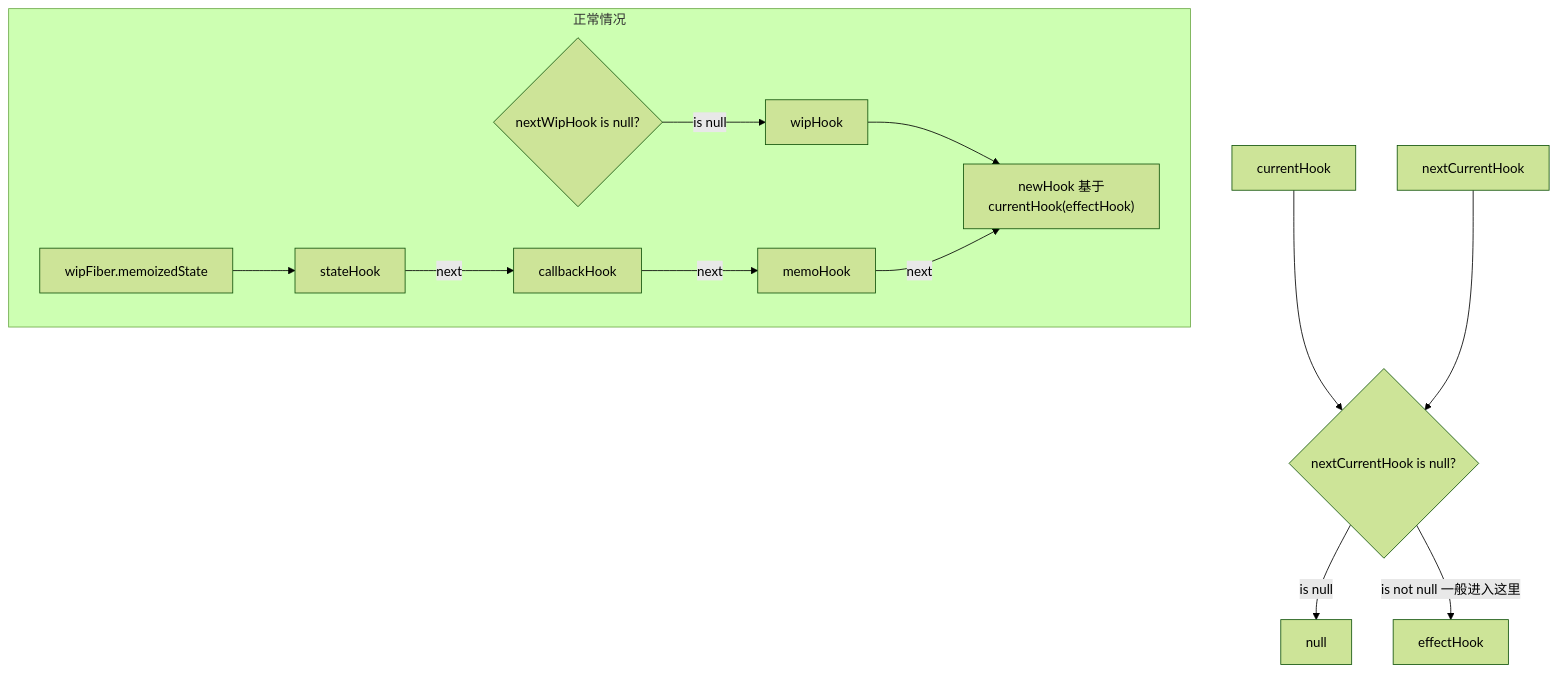
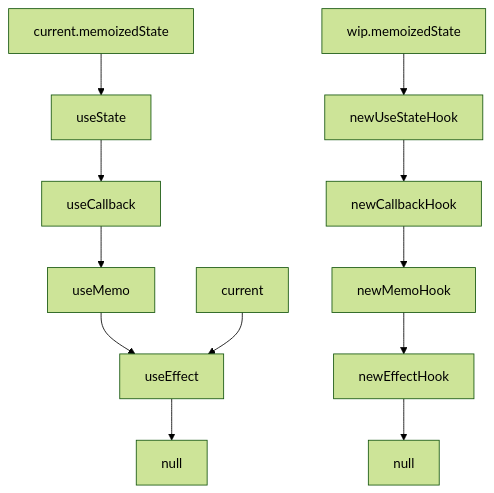
Before and after one commit to zhangchuachua/zhangchuachua.github.io: the eighth of 10 diagrams in content/React/Fiber 如何构建 Hook 链表？.md, drawn with Mermaid (forest theme). The commit also changed other lines of this file and 6 other files, not shown here.

````diff
--- a/content/React/Fiber 如何构建 Hook 链表？.md
+++ b/content/React/Fiber 如何构建 Hook 链表？.md
@@ -268,13 +251,6 @@
 ```mermaid
 flowchart TB
-cntHook[currentHook] --> if{nextCurrentHook is null?} --is null--> n1[null]
-if --is not null 一般进入这里--> shook[effectHook]
-nextCntHook[nextCurrentHook] --> if
-
-subgraph 正常情况
-if2{nextWipHook is null?} --is null --> wipHook[wipHook] --> newHook["newHook 基于
-currentHook(effectHook)"]
-wipFiber.memoizedState --> stateHook  --next--> callbackHook --next--> memoHook --next--> newHook
-end
-
+    current.memoizedState --> useState --> useCallback --> useMemo --> useEffect --> null
+    current --> useEffect
+    wip.memoizedState --> newUseStateHook --> newCallbackHook --> newMemoHook --> newEffectHook -->  newNull[null]
 ```
````
